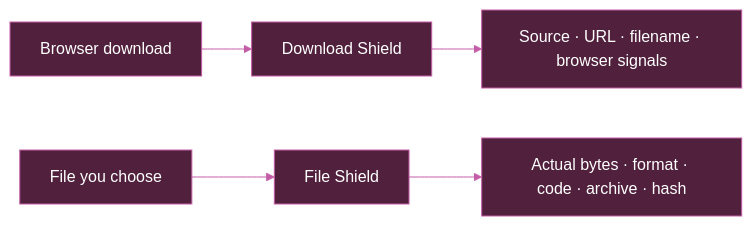
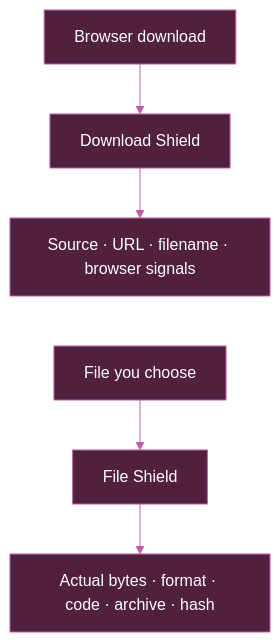
One commit to iri-dev/WardenOne changed the second of 3 diagrams in README.md. Above: the diagram before and after it, drawn with Mermaid (neutral theme). The commit also changed other lines of this file, not shown here.

Commit message:
Keep README diagrams clear of GitHub controls

````diff
--- a/README.md
+++ b/README.md
@@ -440,10 +439,11 @@
 ```mermaid
-flowchart LR
+flowchart TB
     Download["Browser download"] --> DownloadShield["Download Shield"]
     DownloadShield --> Context["Source · URL · filename · browser signals"]
+    Context ~~~ File
     File["File you choose"] --> FileShield["File Shield"]
     FileShield --> Bytes["Actual bytes · format · code · archive · hash"]
     classDef warden fill:#51203c,stroke:#c45ca7,color:#ffffff
     class Download,DownloadShield,Context,File,FileShield,Bytes warden
     linkStyle default stroke:#c45ca7
 ```
````
